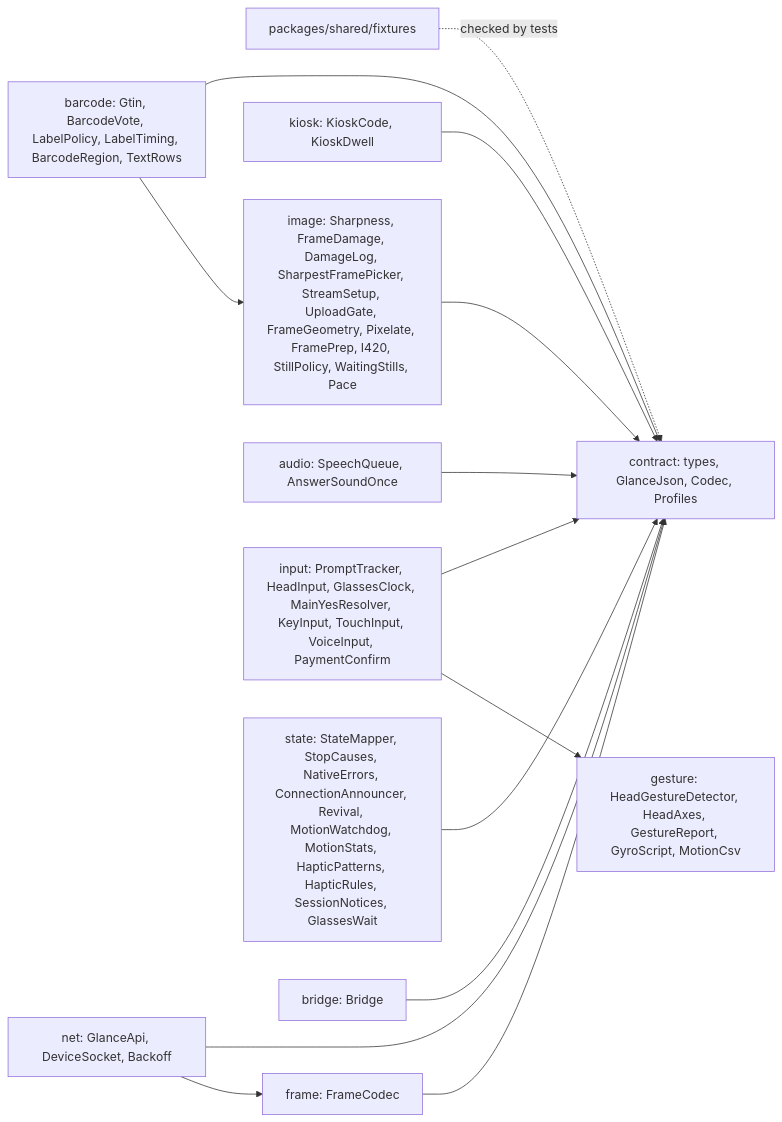
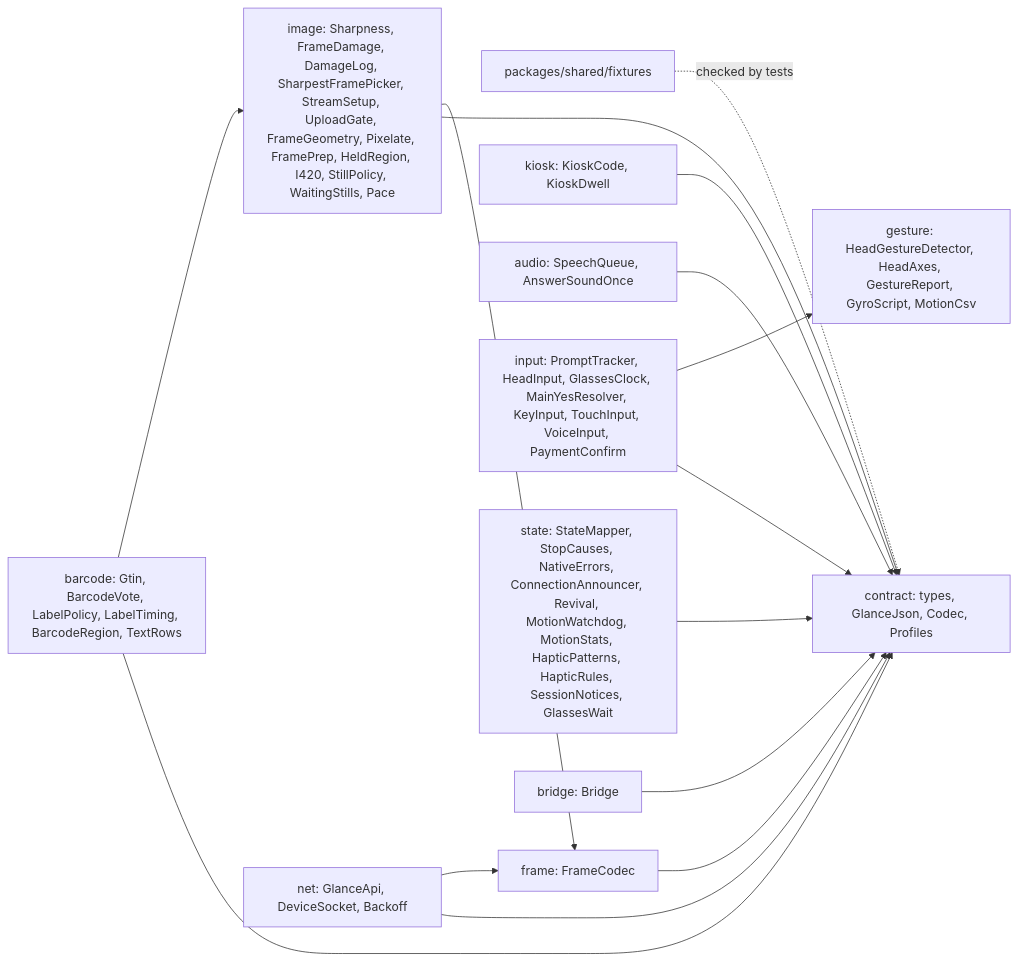
One commit to mrBymax/glance changed the eighth of 9 diagrams in apps/mobile/android/README.md. Above: the diagram before and after it, drawn with Mermaid. The commit also changed other lines of this file and 4 other files, not shown here.

````diff
--- a/apps/mobile/android/README.md
+++ b/apps/mobile/android/README.md
@@ -799,18 +976,19 @@
 ```mermaid
 flowchart LR
     Fixtures[packages/shared/fixtures] -. checked by tests .-> Contract
     Contract[contract: types, GlanceJson, Codec, Profiles]
     Frame[frame: FrameCodec] --> Contract
     Kiosk[kiosk: KioskCode, KioskDwell] --> Contract
     Barcode[barcode: Gtin, BarcodeVote, LabelPolicy, LabelTiming, BarcodeRegion, TextRows] --> Contract
-    Image[image: Sharpness, FrameDamage, DamageLog, SharpestFramePicker, StreamSetup, UploadGate, FrameGeometry, Pixelate, FramePrep, I420, StillPolicy, WaitingStills, Pace] --> Contract
+    Image[image: Sharpness, FrameDamage, DamageLog, SharpestFramePicker, StreamSetup, UploadGate, FrameGeometry, Pixelate, FramePrep, HeldRegion, I420, StillPolicy, WaitingStills, Pace] --> Contract
+    Image --> Frame
     Barcode --> Image
     Gesture[gesture: HeadGestureDetector, HeadAxes, GestureReport, GyroScript, MotionCsv]
     Audio[audio: SpeechQueue, AnswerSoundOnce] --> Contract
     Input[input: PromptTracker, HeadInput, GlassesClock, MainYesResolver, KeyInput, TouchInput, VoiceInput, PaymentConfirm] --> Contract
     Input --> Gesture
     State[state: StateMapper, StopCauses, NativeErrors, ConnectionAnnouncer, Revival, MotionWatchdog, MotionStats, HapticPatterns, HapticRules, SessionNotices, GlassesWait] --> Contract
     Net[net: GlanceApi, DeviceSocket, Backoff] --> Contract
     Net --> Frame
     BridgeText[bridge: Bridge] --> Contract
 ```
````
